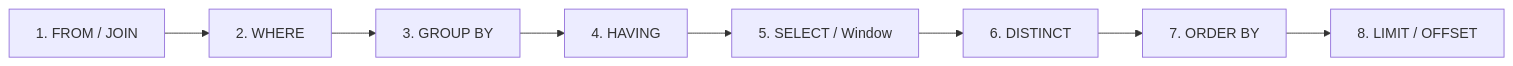
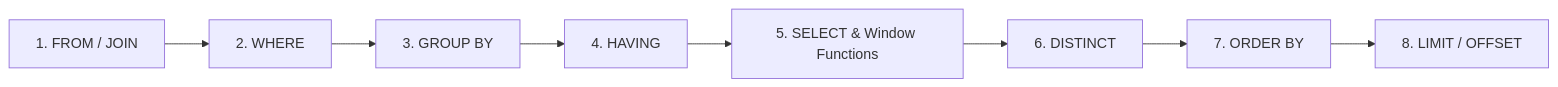
One commit to X3lyz3/embedded-engineering-handbook changed the fourth of 4 diagrams in README.md. Above: the diagram before and after it, drawn with Mermaid. The commit also changed other lines of this file, not shown here.

````diff
--- a/README.md
+++ b/README.md
@@ -260,10 +309,10 @@
 ```mermaid
 flowchart LR
     A[1. FROM / JOIN] --> B[2. WHERE]
     B --> C[3. GROUP BY]
     C --> D[4. HAVING]
-    D --> E[5. SELECT / Window]
+    D --> E[5. SELECT & Window Functions]
     E --> F[6. DISTINCT]
     F --> G[7. ORDER BY]
     G --> H[8. LIMIT / OFFSET]
 ```
````
